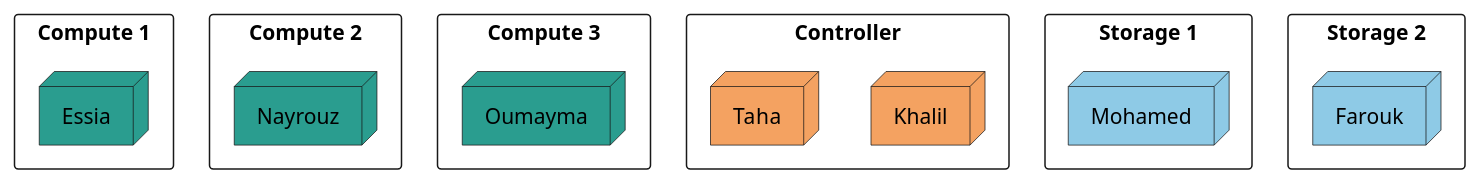
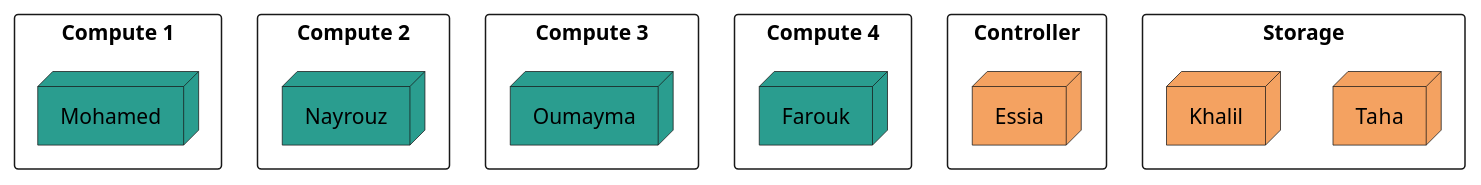
One commit to greppers/greppers.github.io changed the second of 2 diagrams in src/docs/cloud-architecture.org. Above: the diagram before and after it, drawn with PlantUML. The commit also changed other lines of this file and 4 other files, not shown here.

```diff
--- a/src/docs/cloud-architecture.org
+++ b/src/docs/cloud-architecture.org
@@ -45,31 +45,33 @@
-#+begin_src plantuml :file ../../assets/node-distribution.svg :exports results
+#+begin_src plantuml :file ../../assets/node-distribution.svg :results none
 @startuml
 skinparam BackgroundColor transparent
 skinparam componentStyle rectangle
+skinparam classFontColor white
 
 component "Compute 1" {
-	node Essia   #2a9d8f
+	node Mohamed   #2a9d8f
 }
 
 component "Compute 2" {
 	node Nayrouz #2a9d8f
 }
 
 component "Compute 3" {
 	node Oumayma #2a9d8f
 }
 
-component "Controller" {
-	node Khalil  #f4a261
-	node Taha    #f4a261
+component "Compute 4" {
+	node Farouk  #2a9d8f
 }
 
-component "Storage 1" {
-	node Mohamed #8ecae6
+component "Controller" {
+
+	node Essia    #f4a261
 }
 
-component "Storage 2" {
-	node Farouk  #8ecae6
+component "Storage" {
+	node Taha    #f4a261
+	node Khalil  #f4a261
 }
 @enduml
 #+end_src
```
